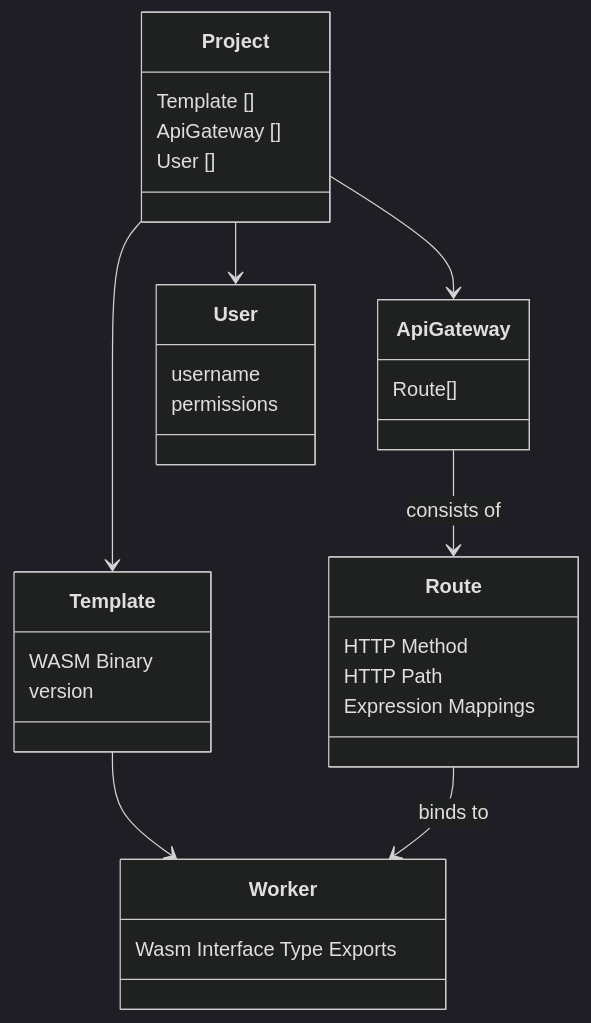
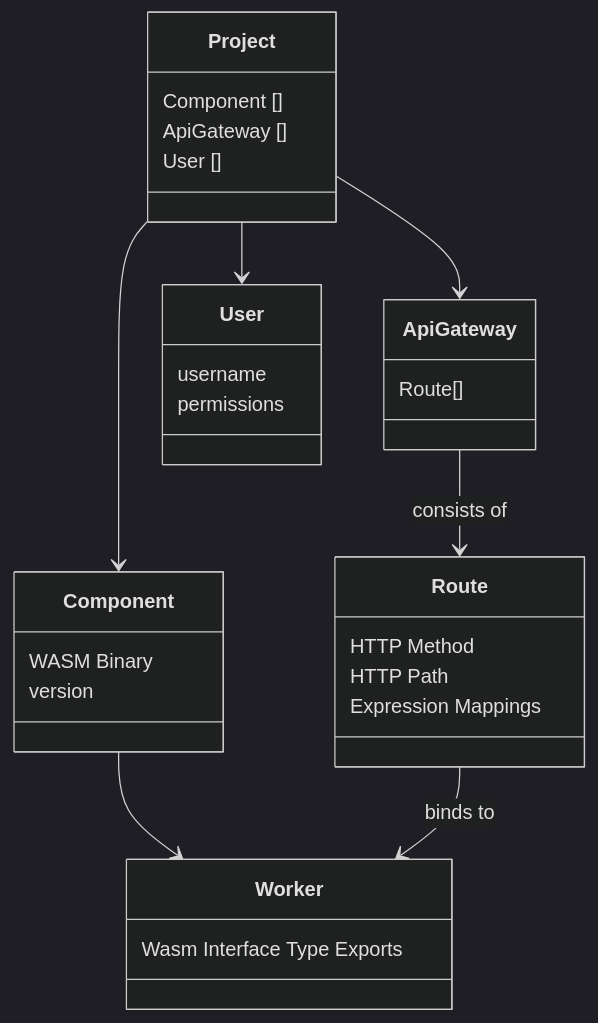
The diagram in src/pages/docs/console/projects.mdx (golemcloud/docs), drawn with Mermaid (dark theme) before and after one commit. The commit also changed other lines of this file and 37 other files, not shown here.

First line of the commit message:
Reverted naming from template to component (#27)

````diff
--- a/src/pages/docs/console/projects.mdx
+++ b/src/pages/docs/console/projects.mdx
@@ -18,35 +18,35 @@
 ```mermaid
 classDiagram
     direction TB
     class Project {
-        Template []
+        Component []
         ApiGateway []
         User []
     }
-    class Template {
+    class Component {
         WASM Binary
         version
     }
     class ApiGateway {
         Route[]
     }
     class User {
         username
         permissions
     }
     class Worker {
         Wasm Interface Type Exports
     }
     class Route {
         HTTP Method
         HTTP Path
         Expression Mappings
     }
 
-    Project --> Template
+    Project --> Component
     Project --> ApiGateway
     Project --> User
-    Template --> Worker
+    Component --> Worker
     ApiGateway --> Route : consists of
     Route --> Worker : binds to
 ```
````
